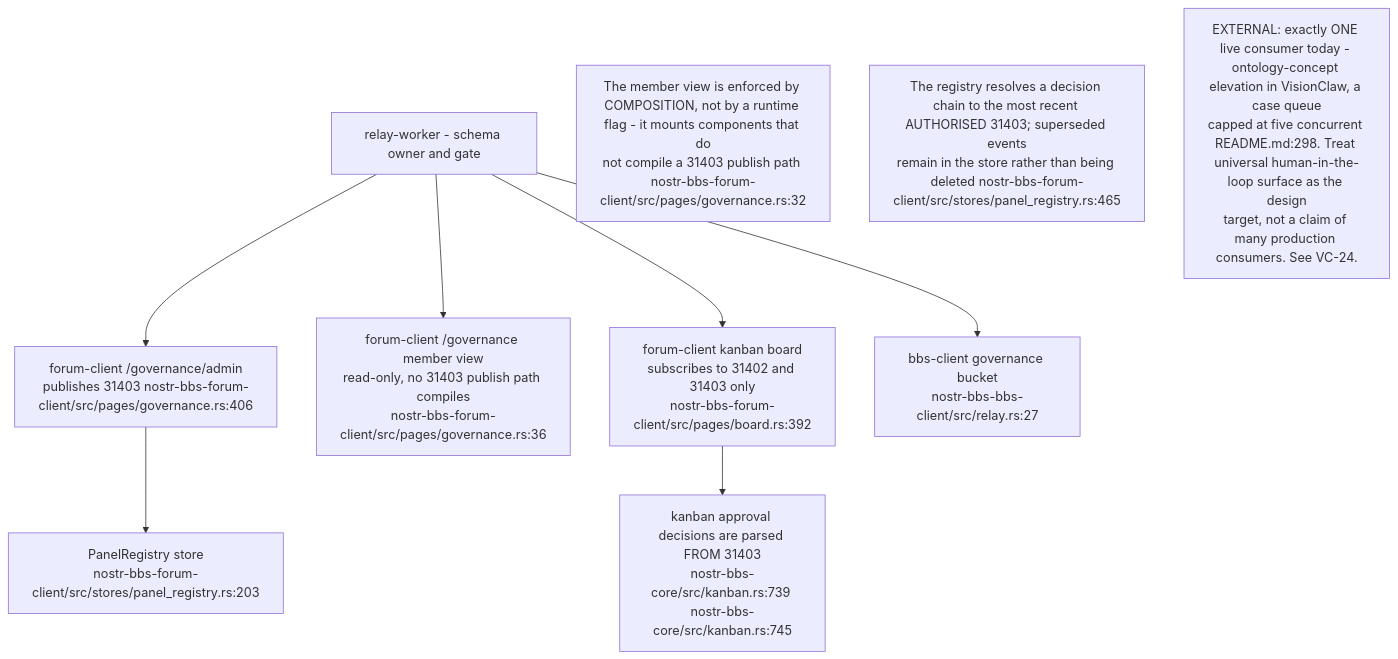
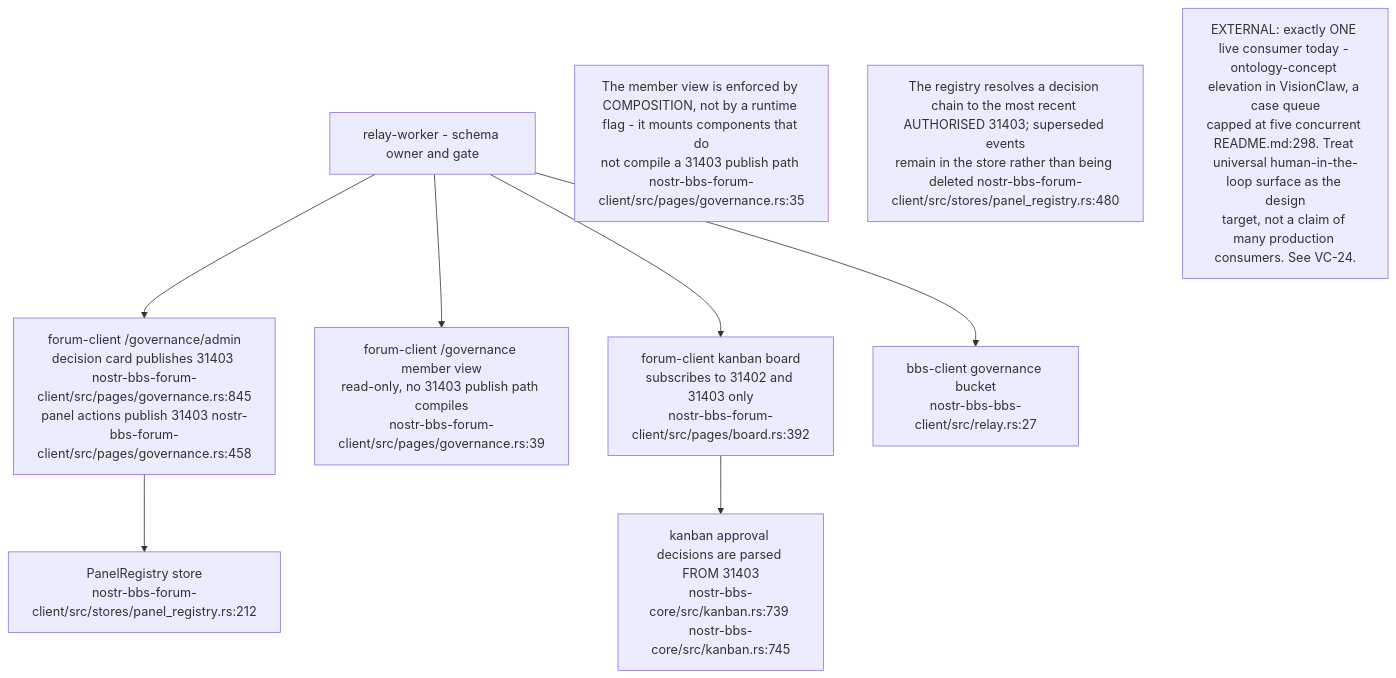
The eighth of 16 diagrams in docs/diagrams/nostr-rust-forum/06-agent-control-surface-31400-31405.md (DreamLab-AI/VisionFlow), drawn with Mermaid before and after one commit. The commit also changed other lines of this file and 17 other files, not shown here.

````diff
--- a/docs/diagrams/nostr-rust-forum/06-agent-control-surface-31400-31405.md
+++ b/docs/diagrams/nostr-rust-forum/06-agent-control-surface-31400-31405.md
@@ -241,18 +249,18 @@
 ```mermaid
 flowchart TB
     RELAY["relay-worker - schema owner and gate"]
-    FCADMIN["forum-client /governance/admin<br/>publishes 31403 nostr-bbs-forum-client/src/pages/governance.rs:406"]
-    FCMEM["forum-client /governance member view<br/>read-only, no 31403 publish path compiles<br/>nostr-bbs-forum-client/src/pages/governance.rs:36"]
+    FCADMIN["forum-client /governance/admin<br/>decision card publishes 31403 nostr-bbs-forum-client/src/pages/governance.rs:845<br/>panel actions publish 31403 nostr-bbs-forum-client/src/pages/governance.rs:458"]
+    FCMEM["forum-client /governance member view<br/>read-only, no 31403 publish path compiles<br/>nostr-bbs-forum-client/src/pages/governance.rs:39"]
     BOARD["forum-client kanban board<br/>subscribes to 31402 and 31403 only<br/>nostr-bbs-forum-client/src/pages/board.rs:392"]
-    REG["PanelRegistry store<br/>nostr-bbs-forum-client/src/stores/panel_registry.rs:203"]
+    REG["PanelRegistry store<br/>nostr-bbs-forum-client/src/stores/panel_registry.rs:212"]
     BBS["bbs-client governance bucket<br/>nostr-bbs-bbs-client/src/relay.rs:27"]
     KAN["kanban approval decisions are parsed FROM 31403<br/>nostr-bbs-core/src/kanban.rs:739 nostr-bbs-core/src/kanban.rs:745"]
 
     RELAY --> FCADMIN & FCMEM & BOARD & BBS
     FCADMIN --> REG
     BOARD --> KAN
 
-    N1["The member view is enforced by COMPOSITION, not by a runtime flag - it mounts components that do<br/>not compile a 31403 publish path nostr-bbs-forum-client/src/pages/governance.rs:32"]
-    N2["The registry resolves a decision chain to the most recent AUTHORISED 31403; superseded events<br/>remain in the store rather than being deleted nostr-bbs-forum-client/src/stores/panel_registry.rs:465"]
+    N1["The member view is enforced by COMPOSITION, not by a runtime flag - it mounts components that do<br/>not compile a 31403 publish path nostr-bbs-forum-client/src/pages/governance.rs:35"]
+    N2["The registry resolves a decision chain to the most recent AUTHORISED 31403; superseded events<br/>remain in the store rather than being deleted nostr-bbs-forum-client/src/stores/panel_registry.rs:480"]
     N3["EXTERNAL: exactly ONE live consumer today - ontology-concept elevation in VisionClaw, a case queue<br/>capped at five concurrent README.md:298. Treat universal human-in-the-loop surface as the design<br/>target, not a claim of many production consumers. See VC-24."]
 ```
````
